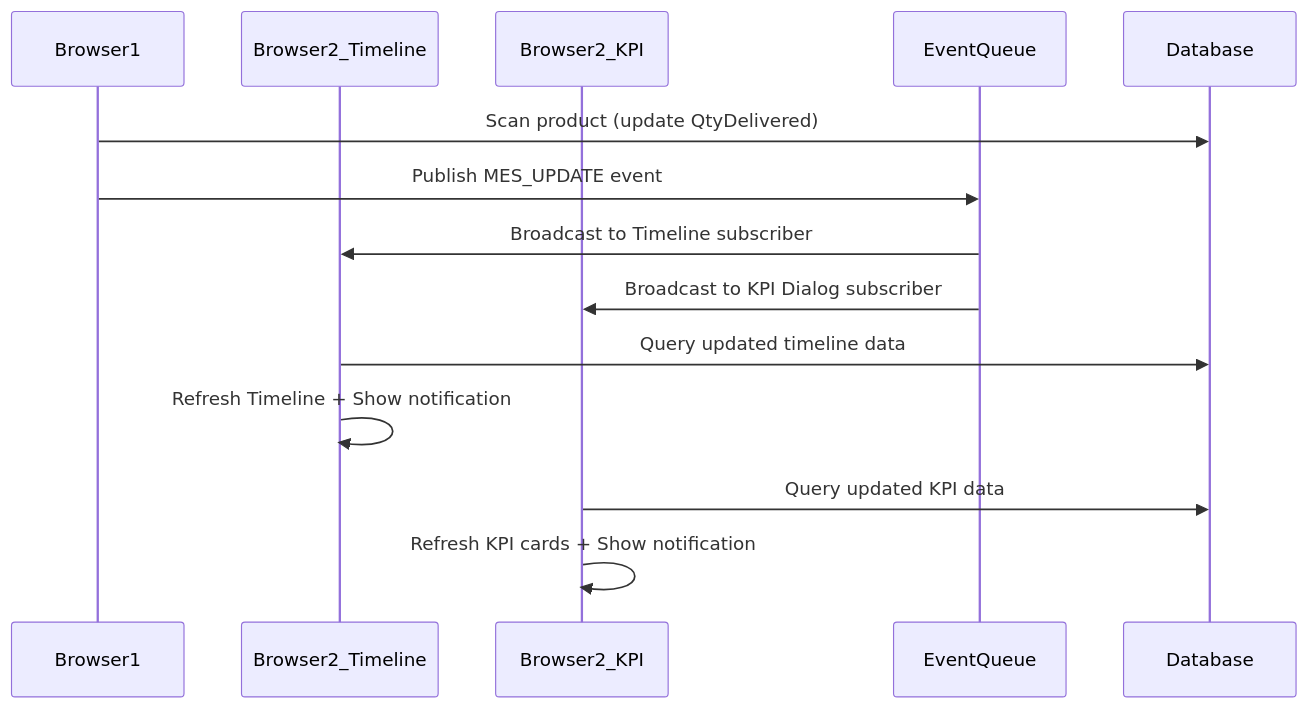
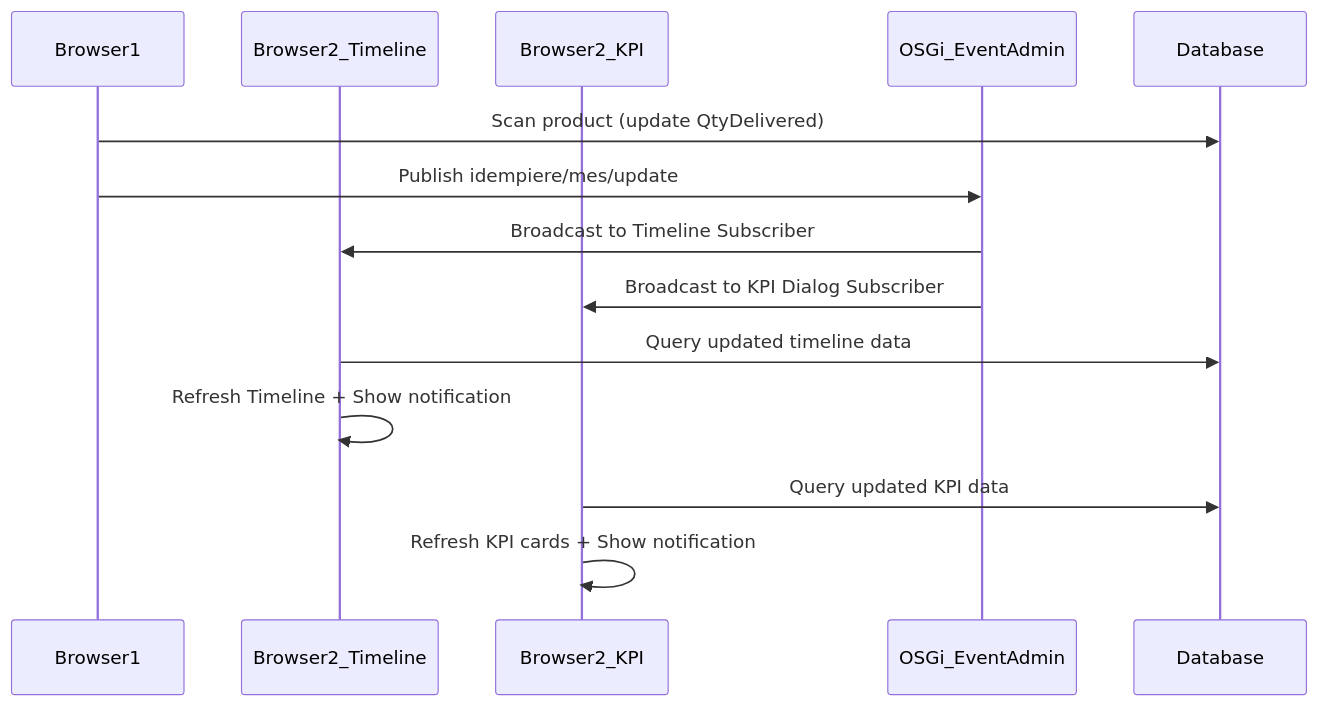
One commit to ray-idempiere/tw.idempiere.mes changed the second of 2 diagrams in README.md. Above: the diagram before and after it, drawn with Mermaid. The commit also changed other lines of this file and 8 other files, not shown here.

Commit message:
**High-Performance Real-Time Synchronization**<br>• **OSGi EventAdmin Integration**: Replaced legacy ZK EventQueues with native OSGi EventAdmin for sub-second cross-session updates

````diff
--- a/README.md
+++ b/README.md
@@ -308,17 +306,17 @@
 ```mermaid
 sequenceDiagram
     participant Browser1
     participant Browser2_Timeline
     participant Browser2_KPI
-    participant EventQueue
+    participant OSGi_EventAdmin
     participant Database
     
     Browser1->>Database: Scan product (update QtyDelivered)
-    Browser1->>EventQueue: Publish MES_UPDATE event
-    EventQueue->>Browser2_Timeline: Broadcast to Timeline subscriber
-    EventQueue->>Browser2_KPI: Broadcast to KPI Dialog subscriber
+    Browser1->>OSGi_EventAdmin: Publish idempiere/mes/update
+    OSGi_EventAdmin->>Browser2_Timeline: Broadcast to Timeline Subscriber
+    OSGi_EventAdmin->>Browser2_KPI: Broadcast to KPI Dialog Subscriber
     Browser2_Timeline->>Database: Query updated timeline data
     Browser2_Timeline->>Browser2_Timeline: Refresh Timeline + Show notification
     Browser2_KPI->>Database: Query updated KPI data
     Browser2_KPI->>Browser2_KPI: Refresh KPI cards + Show notification
 ```
````
